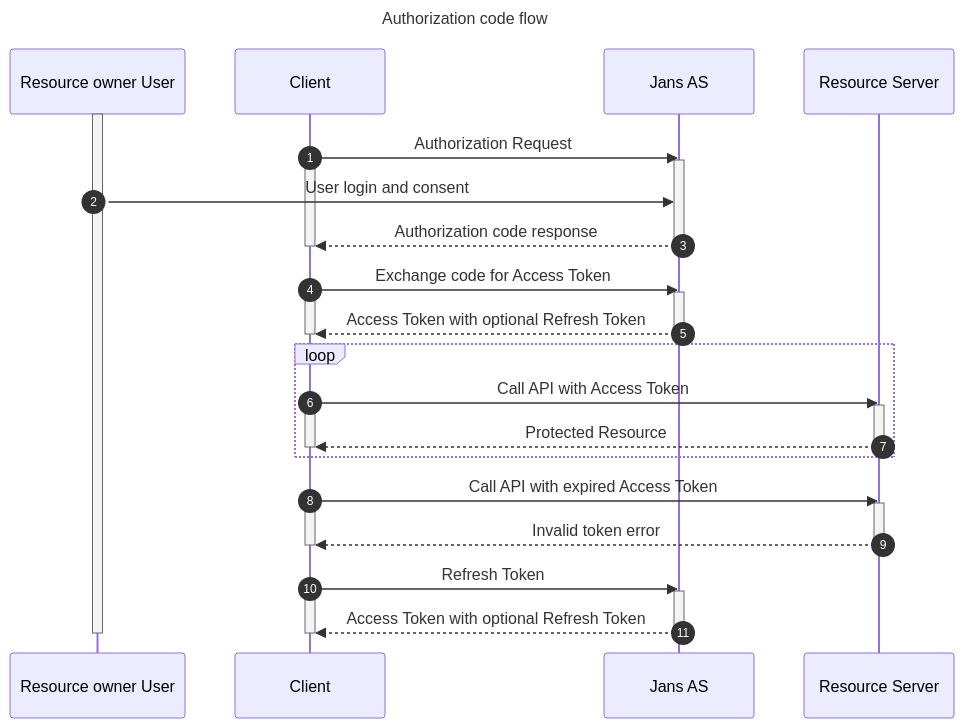
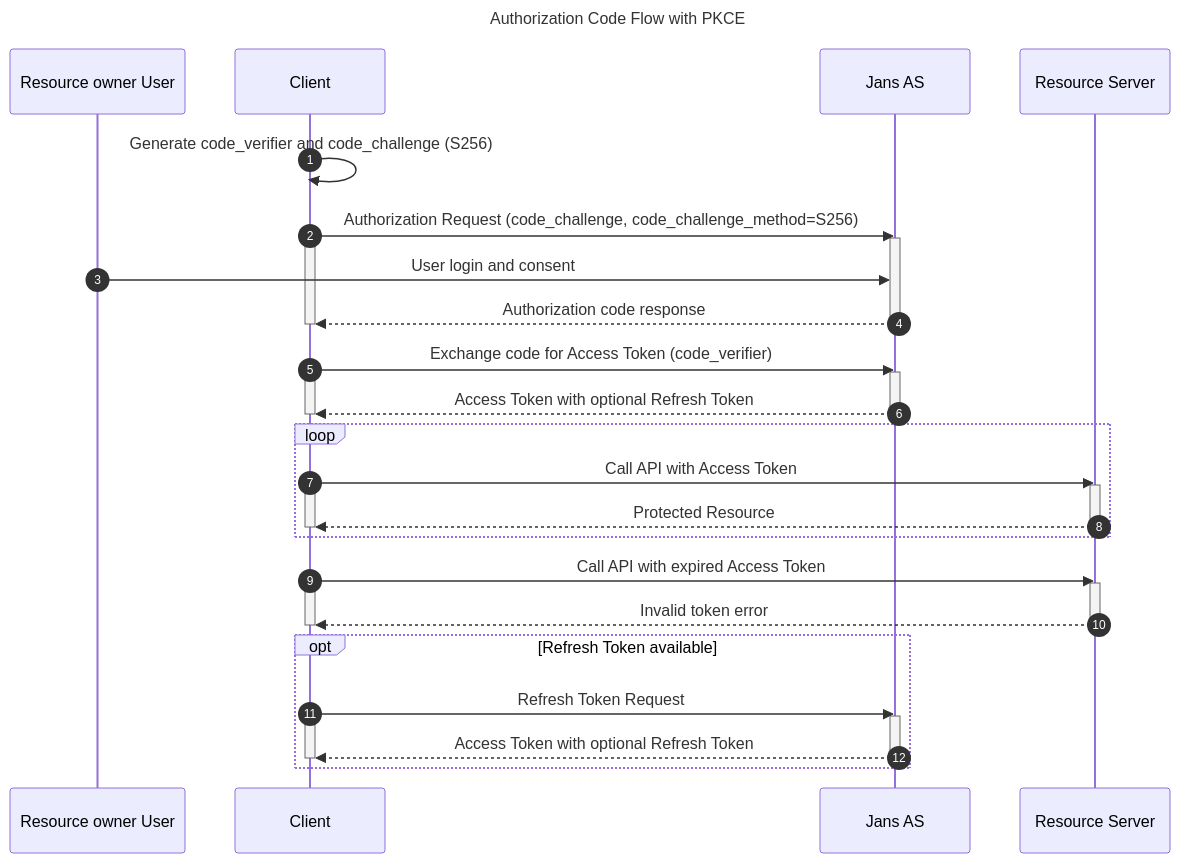
Before and after one commit to JanssenProject/jans: the diagram in docs/janssen-server/auth-server/oauth-features/auth-code-grant.md, drawn with Mermaid. The commit also changed 1 other file, not shown here.

Commit message:
fix(docs): restore OAuth documentation changes after merge

````diff
--- a/docs/janssen-server/auth-server/oauth-features/auth-code-grant.md
+++ b/docs/janssen-server/auth-server/oauth-features/auth-code-grant.md
@@ -22,52 +22,53 @@
 ```mermaid
 
 sequenceDiagram
-    title Authorization code flow
-    autonumber 1
+    title Authorization Code Flow with PKCE
+    autonumber
 
-    participant User as Resource owner User 
+    participant User as Resource owner User
     participant Client
     participant Jans as Jans AS
     participant RS as Resource Server
 
-    activate User
-    Client->>Jans: Authorization Request
-    activate Client 
+    Client->>Client: Generate code_verifier and code_challenge (S256)
+    Client->>Jans: Authorization Request (code_challenge, code_challenge_method=S256)
+    activate Client
     activate Jans
     User->>Jans: User login and consent
     Jans-->>Client: Authorization code response
     deactivate Client
     deactivate Jans
 
-    Client->>Jans: Exchange code for Access Token
+    Client->>Jans: Exchange code for Access Token (code_verifier)
     activate Client
     activate Jans
     Jans-->>Client: Access Token with optional Refresh Token
     deactivate Client
     deactivate Jans
 
     loop
         Client->>RS: Call API with Access Token
         activate Client
         activate RS
         RS-->>Client: Protected Resource
         deactivate Client
         deactivate RS
     end
 
     Client->>RS: Call API with expired Access Token
     activate Client
     activate RS
     RS-->>Client: Invalid token error
     deactivate Client
     deactivate RS
 
-    Client->>Jans: Refresh Token
-    activate Client
-    activate Jans
-    Jans-->>Client: Access Token with optional Refresh Token
-    deactivate Client
-    deactivate Jans
-    deactivate User
+    opt Refresh Token available
+        Client->>Jans: Refresh Token Request
+        activate Client
+        activate Jans
+        Jans-->>Client: Access Token with optional Refresh Token
+        deactivate Client
+        deactivate Jans
+    end
 
 ```
````
